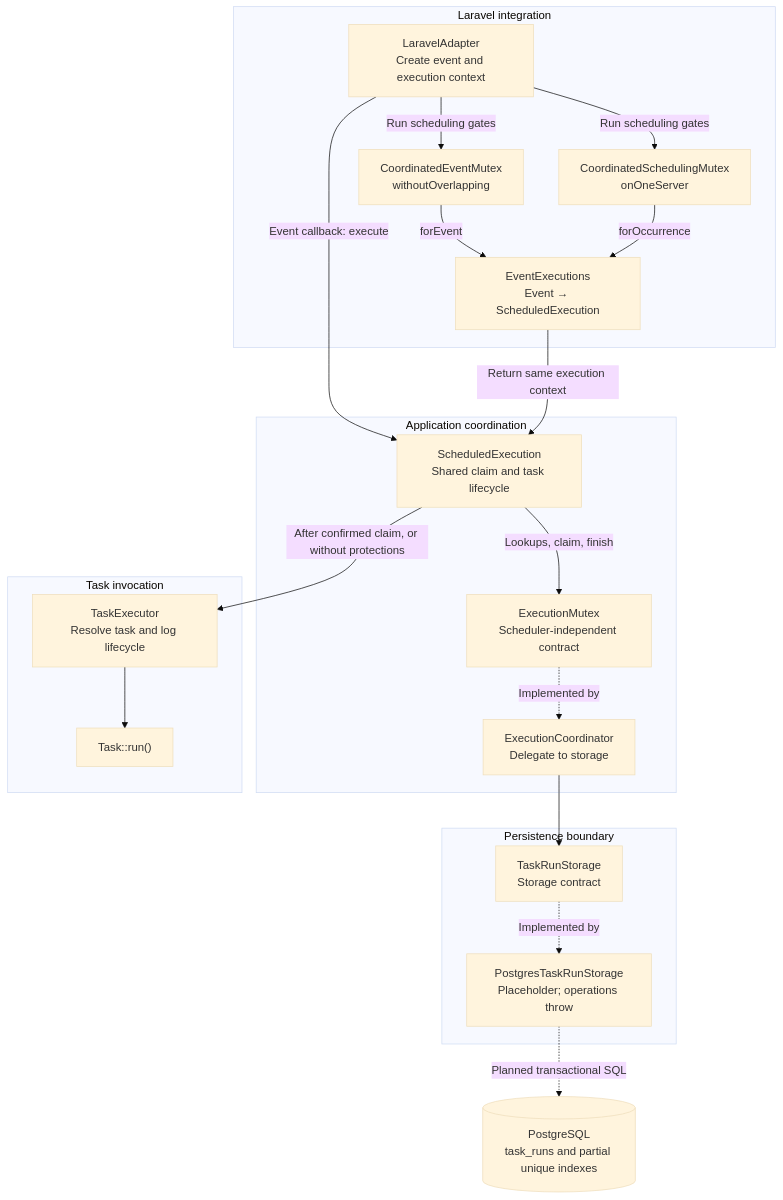
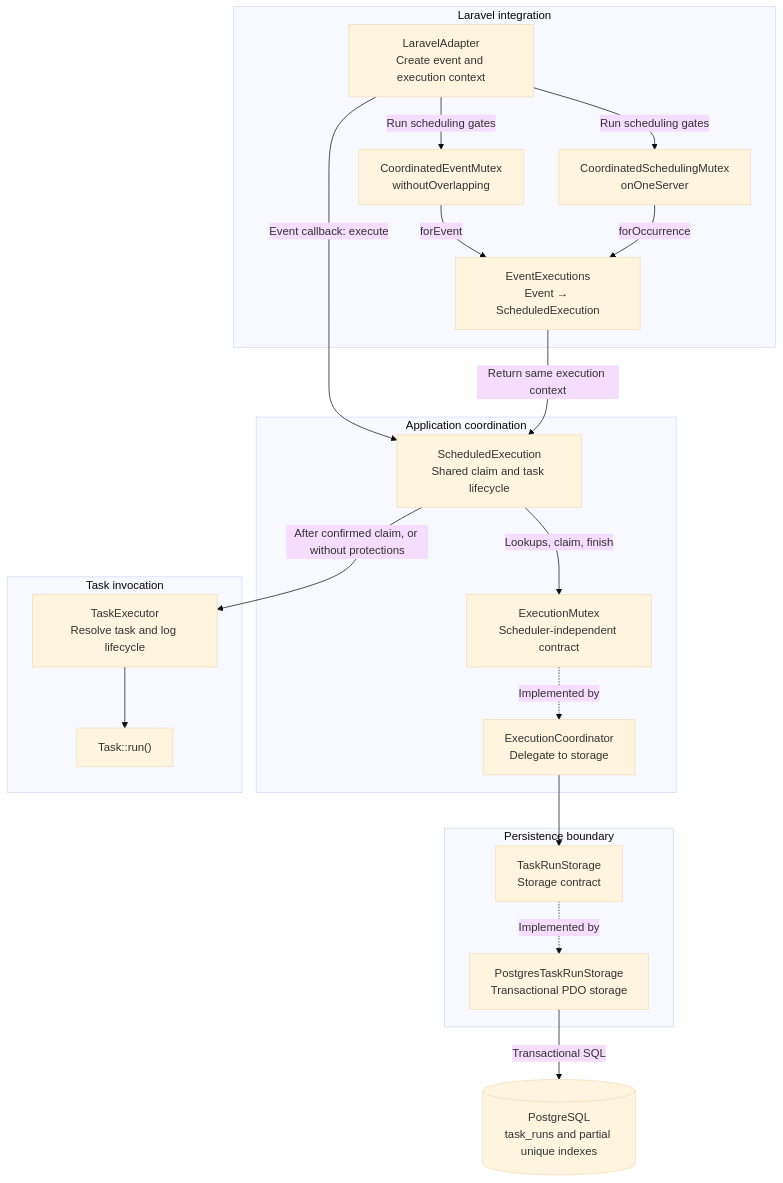
One commit to pupitooo/emorfiq-adapter changed the diagram in docs/execution/mutex-layers.md. Above: the diagram before and after it, drawn with Mermaid (base theme). The commit also changed other lines of this file and 37 other files, not shown here.

Commit message:
Implement PostgreSQL task run storage and transaction boundaries (#21)

````diff
--- a/docs/execution/mutex-layers.md
+++ b/docs/execution/mutex-layers.md
@@ -10,39 +10,39 @@
 ```mermaid
 flowchart TB
     subgraph Laravel["Laravel integration"]
         Adapter["LaravelAdapter<br/>Create event and execution context"]
         EventMutex["CoordinatedEventMutex<br/>withoutOverlapping"]
         SchedulingMutex["CoordinatedSchedulingMutex<br/>onOneServer"]
         Registry["EventExecutions<br/>Event → ScheduledExecution"]
         Adapter -->|Run scheduling gates| EventMutex
         Adapter -->|Run scheduling gates| SchedulingMutex
         EventMutex -->|forEvent| Registry
         SchedulingMutex -->|forOccurrence| Registry
     end
 
     subgraph Application["Application coordination"]
         Execution["ScheduledExecution<br/>Shared claim and task lifecycle"]
         Mutex["ExecutionMutex<br/>Scheduler-independent contract"]
         Coordinator["ExecutionCoordinator<br/>Delegate to storage"]
         Execution -->|Lookups, claim, finish| Mutex
         Mutex -.->|Implemented by| Coordinator
     end
 
     subgraph Persistence["Persistence boundary"]
         Storage["TaskRunStorage<br/>Storage contract"]
-        Postgres["PostgresTaskRunStorage<br/>Placeholder; operations throw"]
+        Postgres["PostgresTaskRunStorage<br/>Transactional PDO storage"]
         Storage -.->|Implemented by| Postgres
     end
 
     subgraph Invocation["Task invocation"]
         Executor["TaskExecutor<br/>Resolve task and log lifecycle"]
         Task["Task::run()"]
         Executor --> Task
     end
 
     Adapter -->|Event callback: execute| Execution
     Registry -->|Return same execution context| Execution
     Coordinator --> Storage
-    Postgres -.->|Planned transactional SQL| DB[("PostgreSQL<br/>task_runs and partial unique indexes")]
+    Postgres -->|Transactional SQL| DB[("PostgreSQL<br/>task_runs and partial unique indexes")]
     Execution -->|After confirmed claim, or without protections| Executor
 ```
````
